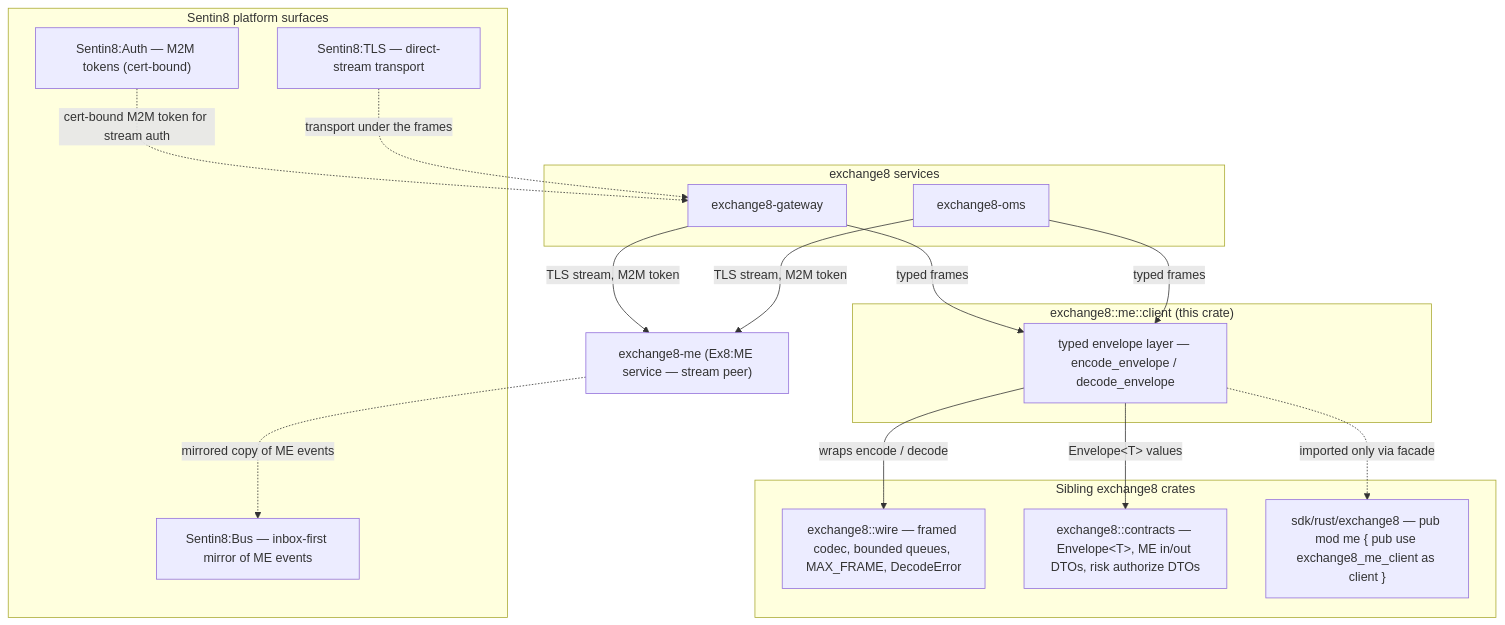
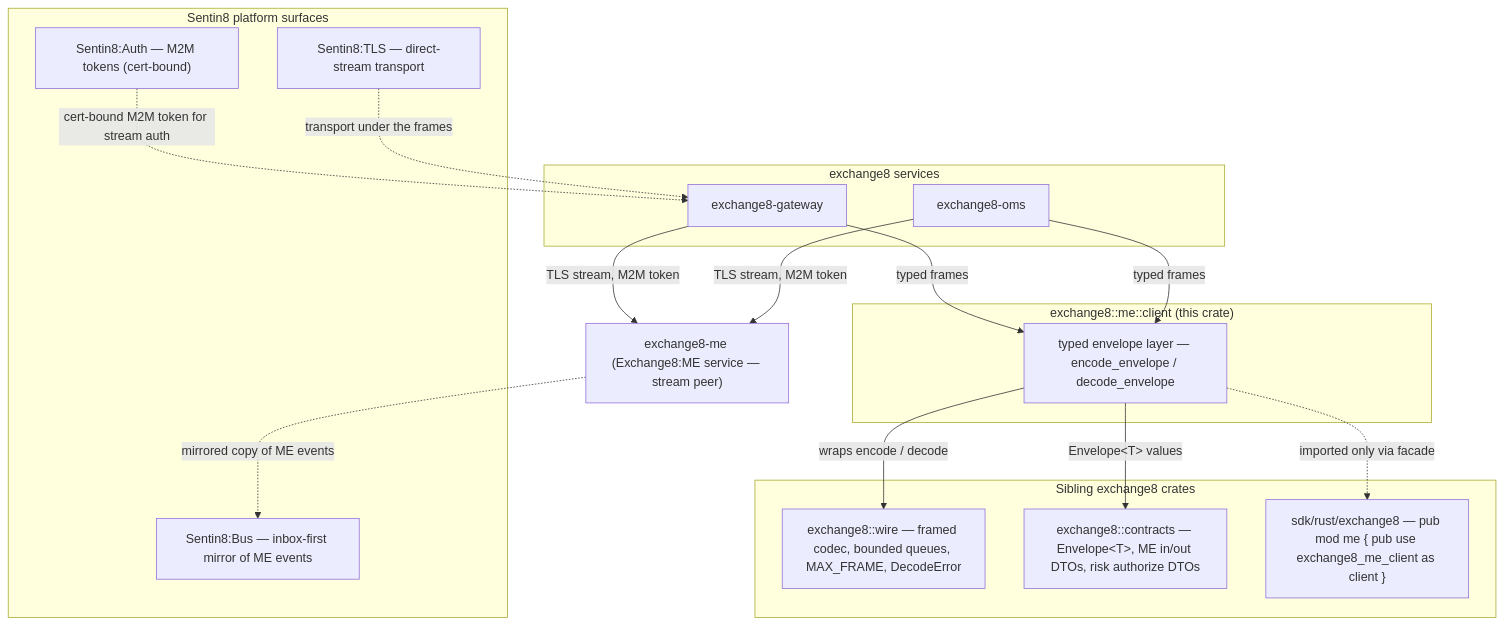
One commit to Exchange8-dev/exchange8-sdk changed the first of 7 diagrams in crates/me/client/DESIGN.md. Above: the diagram before and after it, drawn with Mermaid. The commit also changed 29 other files, not shown here.

````diff
--- a/crates/me/client/DESIGN.md
+++ b/crates/me/client/DESIGN.md
@@ -31,36 +31,36 @@
 ```mermaid
 graph TD
     subgraph PLATFORM["Sentin8 platform surfaces"]
         AUTH["Sentin8:Auth — M2M tokens (cert-bound)"]
         TLS["Sentin8:TLS — direct-stream transport"]
         BUS["Sentin8:Bus — inbox-first mirror of ME events"]
     end
 
     subgraph CONSUMERS["exchange8 services"]
         GW["exchange8-gateway"]
         OMS["exchange8-oms"]
     end
 
     subgraph CRATE["exchange8::me::client (this crate)"]
         TYPED["typed envelope layer — encode_envelope / decode_envelope"]
     end
 
     subgraph SIBLINGS["Sibling exchange8 crates"]
         WIRE["exchange8::wire — framed codec, bounded queues, MAX_FRAME, DecodeError"]
         CONTRACTS["exchange8::contracts — Envelope&lt;T&gt;, ME in/out DTOs, risk authorize DTOs"]
         FACADE["sdk/rust/exchange8 — pub mod me { pub use exchange8_me_client as client }"]
     end
 
-    ME["exchange8-me (Ex8:ME service — stream peer)"]
+    ME["exchange8-me (Exchange8:ME service — stream peer)"]
 
     GW -- "typed frames" --> TYPED
     OMS -- "typed frames" --> TYPED
     TYPED -- "wraps encode / decode" --> WIRE
     TYPED -- "Envelope&lt;T&gt; values" --> CONTRACTS
     GW -- "TLS stream, M2M token" --> ME
     OMS -- "TLS stream, M2M token" --> ME
     AUTH -. "cert-bound M2M token for stream auth" .-> GW
     TLS -. "transport under the frames" .-> GW
     ME -. "mirrored copy of ME events" .-> BUS
     TYPED -. "imported only via facade" .-> FACADE
 ```
````
